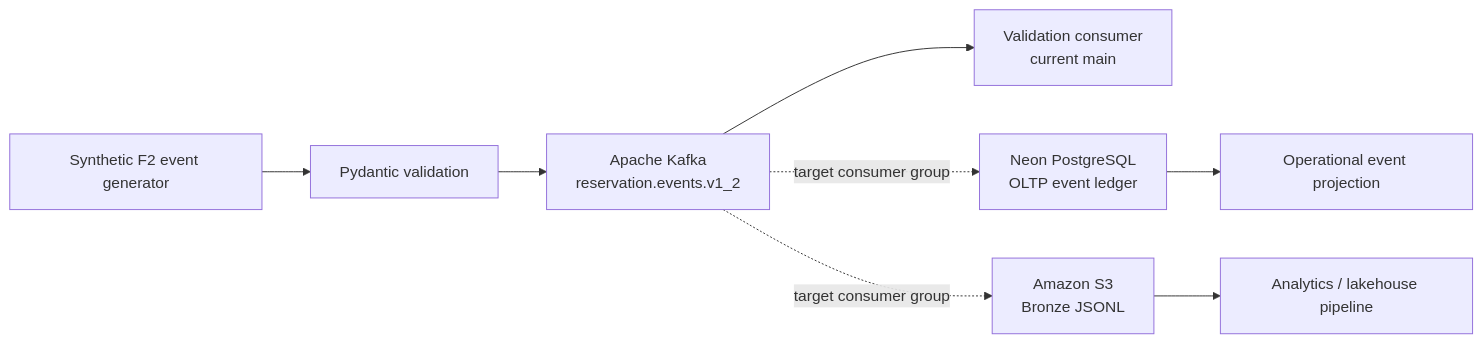
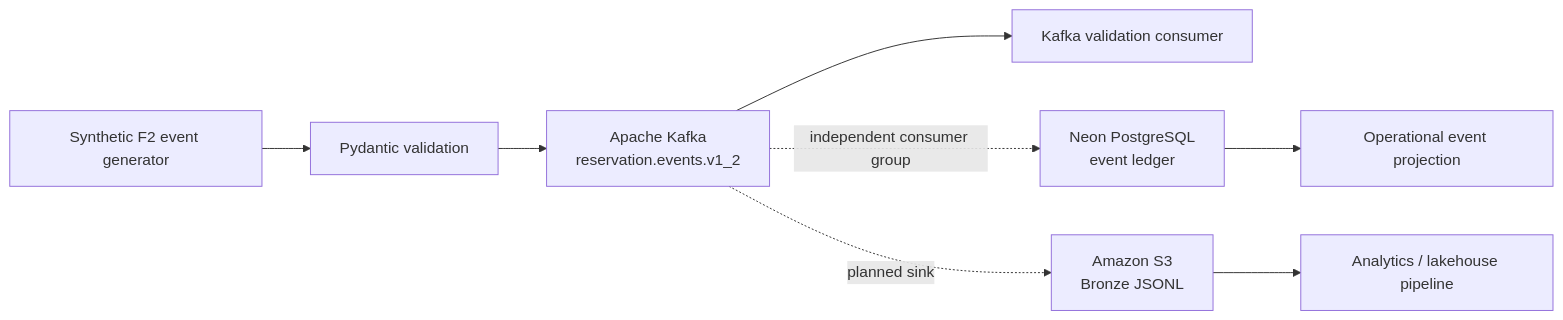
The diagram in README.md (HospedaPlus/buenavista-streaming), drawn with Mermaid before and after one commit. The commit also changed other lines of this file, not shown here.

Commit message:
docs: remove legacy broker references and document Kafka-only setup

````diff
--- a/README.md
+++ b/README.md
@@ -42,10 +40,10 @@
 ```mermaid
 flowchart LR
     A["Synthetic F2 event generator"] --> B["Pydantic validation"]
     B --> C["Apache Kafka<br/>reservation.events.v1_2"]
-    C --> D["Validation consumer<br/>current main"]
-    C -. "target consumer group" .-> E["Neon PostgreSQL<br/>OLTP event ledger"]
-    C -. "target consumer group" .-> F["Amazon S3<br/>Bronze JSONL"]
+    C --> D["Kafka validation consumer"]
+    C -. "independent consumer group" .-> E["Neon PostgreSQL<br/>event ledger"]
+    C -. "planned sink" .-> F["Amazon S3<br/>Bronze JSONL"]
     E --> G["Operational event projection"]
     F --> H["Analytics / lakehouse pipeline"]
 ```
````
